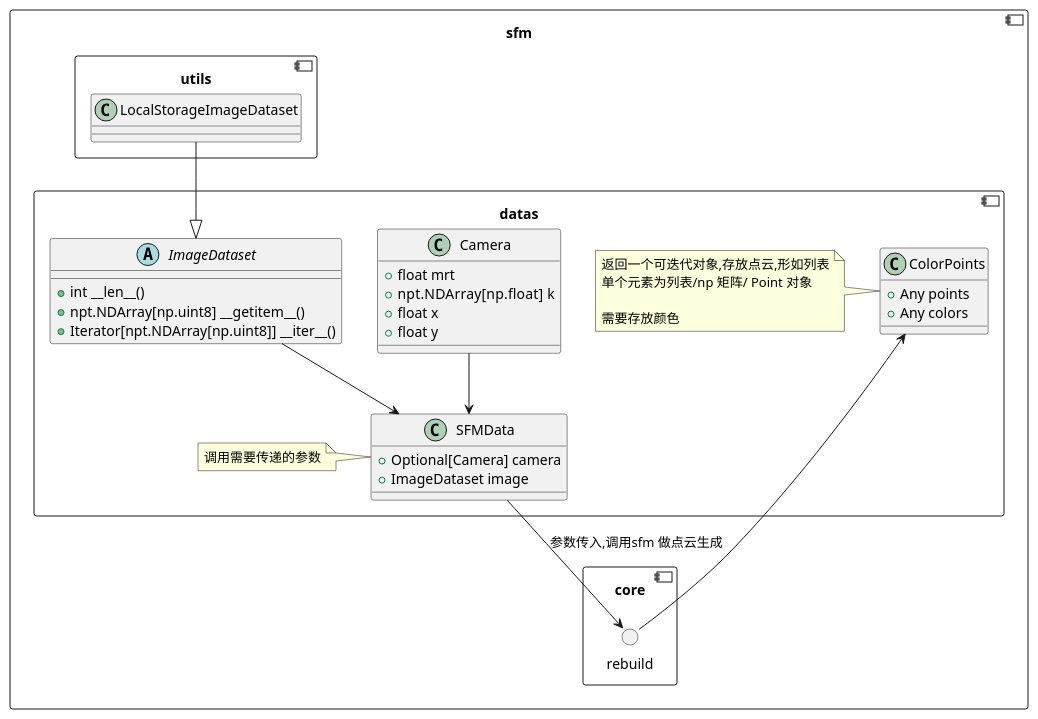
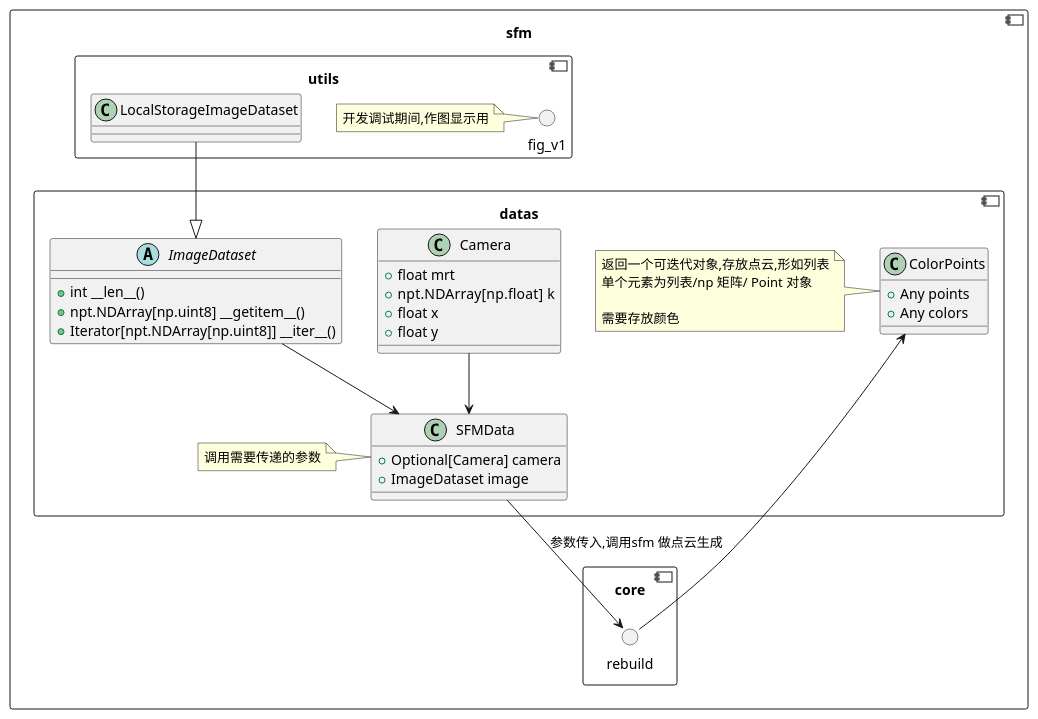
One commit to lanhao945/SFM changed the diagram in docs/设计文档.md. Above: the diagram before and after it, drawn with PlantUML. The commit also changed 5 other files, not shown here.

````diff
--- a/docs/设计文档.md
+++ b/docs/设计文档.md
@@ -5,58 +5,63 @@
 ```plantuml
 @startuml
 component sfm{
     component core{
         () "rebuild" as sfm_call
     }
     component datas{
         class Camera{
             + float mrt
             + npt.NDArray[np.float]  k
             + float x
             + float y
         }
         
         abstract ImageDataset{
             + int __len__()
             + npt.NDArray[np.uint8] __getitem__()
             + Iterator[npt.NDArray[np.uint8]] __iter__()
         }
         class SFMData{
             + Optional[Camera] camera
             + ImageDataset image
         }
     
         Camera --> SFMData
         ImageDataset --> SFMData
     
         class ColorPoints{
             + Any points
             + Any colors
         }
         note left of ColorPoints
         返回一个可迭代对象,存放点云,形如列表
         单个元素为列表/np 矩阵/ Point 对象
         
         需要存放颜色
         end note
             
         note left of SFMData
         调用需要传递的参数
         end note
     }
     
     
     component utils{
     
         class LocalStorageImageDataset{
         }
         LocalStorageImageDataset --|> ImageDataset
+        
+        () fig_v1
+        note left of fig_v1
+        开发调试期间,作图显示用
+        end note
     }
     
     SFMData --> sfm_call: 参数传入,调用sfm 做点云生成
     sfm_call --> ColorPoints
 }
 
 
 @enduml
 ```
````
